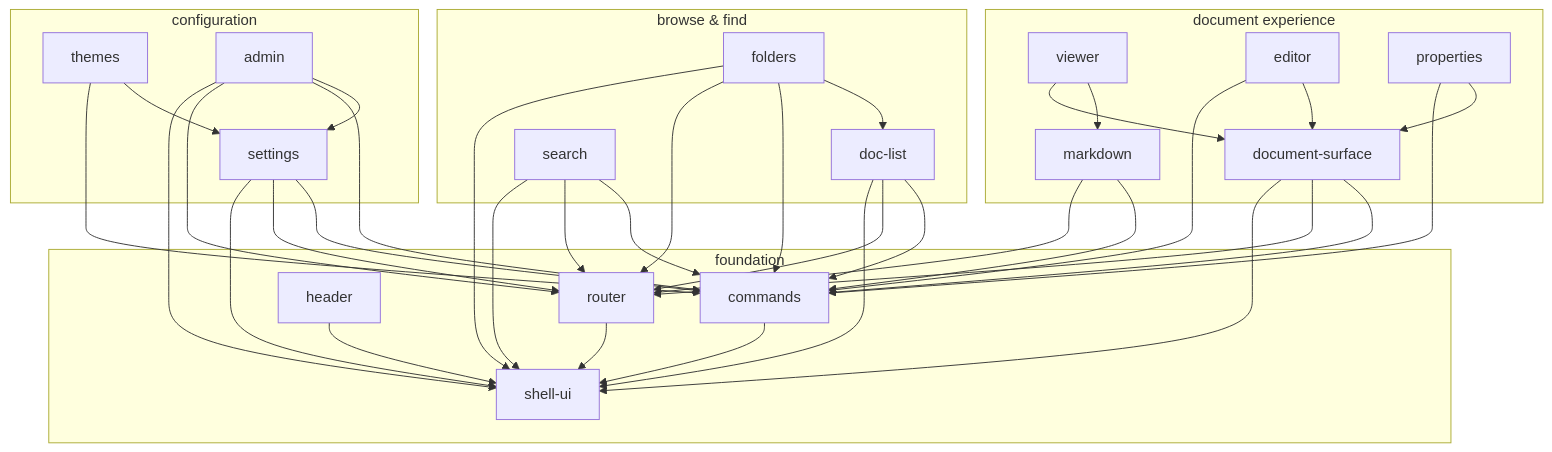
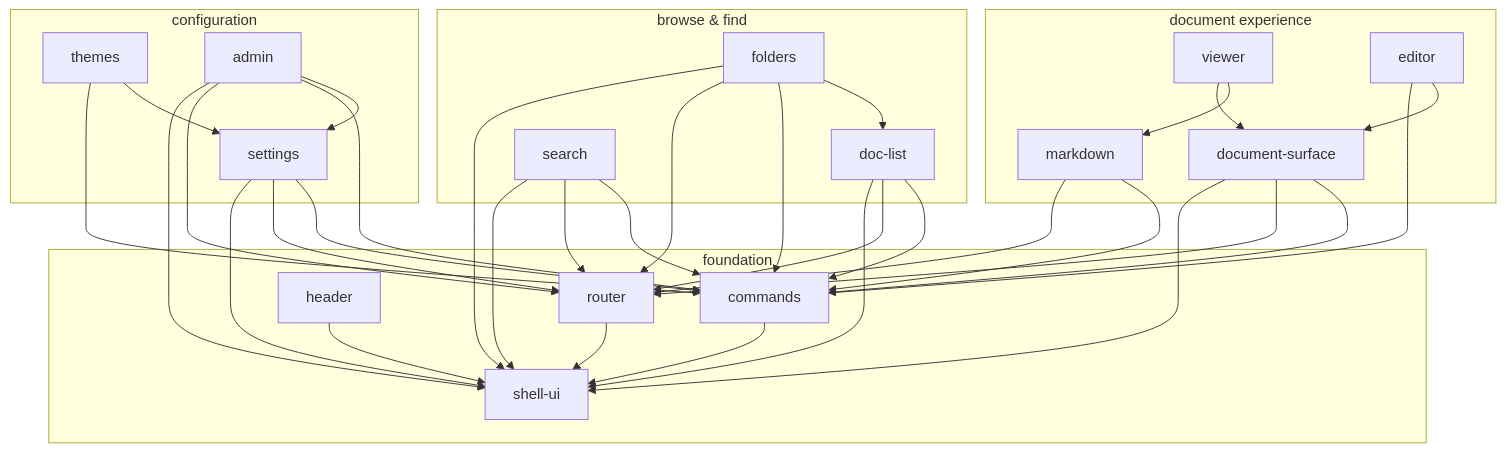
One commit to hamolicious/ddd changed the diagram in plugins/base/README.md. Above: the diagram before and after it, drawn with Mermaid. The commit also changed other lines of this file and 32 other files, not shown here.

````diff
--- a/plugins/base/README.md
+++ b/plugins/base/README.md
@@ -59,36 +58,34 @@
 ```mermaid
 flowchart TD
     subgraph documents ["document experience"]
         viewer --> markdown
         viewer --> document-surface
         editor --> document-surface
-        properties --> document-surface
     end
 
     subgraph browse ["browse & find"]
         folders --> doc-list
         search
     end
 
     subgraph config ["configuration"]
         themes --> settings
         admin --> settings
     end
 
     subgraph foundation ["foundation"]
         router --> shell-ui
         commands --> shell-ui
         header --> shell-ui
     end
 
     markdown --> commands & router
     document-surface --> commands & router & shell-ui
     editor --> commands
-    properties --> commands
     doc-list --> commands & router & shell-ui
     folders --> commands & router & shell-ui
     search --> commands & router & shell-ui
     settings --> commands & router & shell-ui
     admin --> commands & router & shell-ui
     themes --> commands
 ```
````
